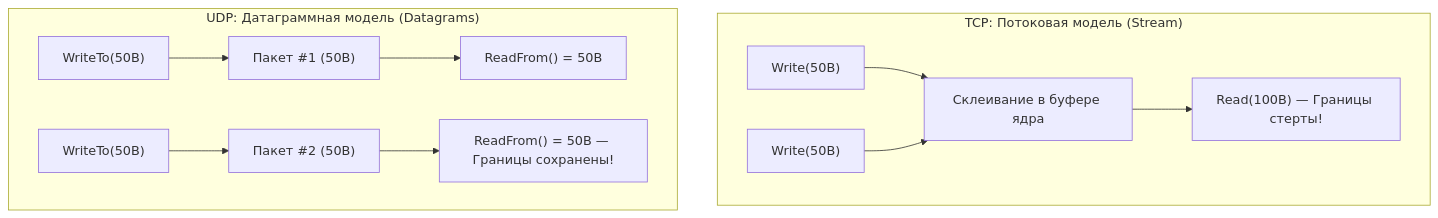
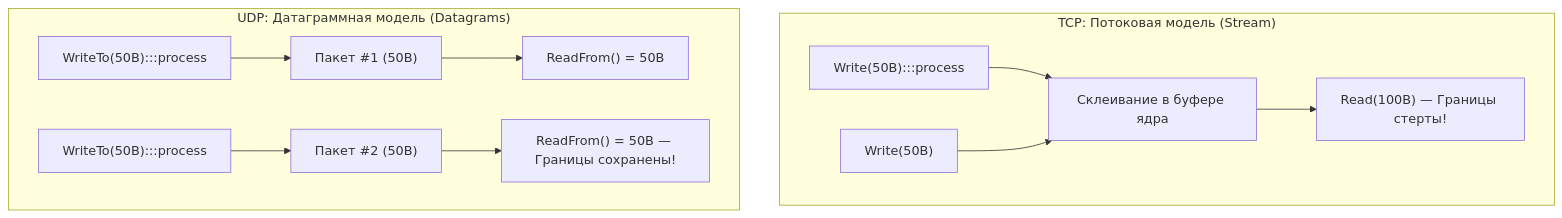
The second of 3 diagrams in sources/3. Компьютерные сети и сетевой стек/14. UDP. Когда ненадежный транспорт лучше TCP.md (UnrealTemplier/go-textbook), drawn with Mermaid before and after one commit. The commit also changed other lines of this file and 1666 other files, not shown here.

First line of the commit message:
feat(mermaid): add semantic color classDef to 1369 colorless flowchart/graph diagrams

````diff
--- a/sources/3. Компьютерные сети и сетевой стек/14. UDP. Когда ненадежный транспорт лучше TCP.md
+++ b/sources/3. Компьютерные сети и сетевой стек/14. UDP. Когда ненадежный транспорт лучше TCP.md
@@ -93,17 +103,27 @@
 ```mermaid
 flowchart TD
+    classDef process  fill:#1e293b,stroke:#38bdf8,stroke-width:1px,color:#f8fafc
+    classDef success  fill:#064e3b,stroke:#34d399,stroke-width:1px,color:#f8fafc
+    classDef error    fill:#7f1d1d,stroke:#f87171,stroke-width:1px,color:#f8fafc
+    classDef warning  fill:#78350f,stroke:#fbbf24,stroke-width:1px,color:#f8fafc
+    classDef entry    fill:#1e3a5f,stroke:#38bdf8,stroke-width:2px,color:#f8fafc
+    classDef aux      fill:#334155,stroke:#64748b,stroke-width:1px,color:#f8fafc
+    classDef system   fill:#312e81,stroke:#a78bfa,stroke-width:1px,color:#f8fafc
+    classDef data     fill:#132d29,stroke:#2dd4bf,stroke-width:1px,color:#f8fafc
+    classDef network  fill:#881337,stroke:#fb7185,stroke-width:1px,color:#f8fafc
+    classDef accent   fill:#1e1b4b,stroke:#818cf8,stroke-width:1px,color:#f8fafc
     subgraph TCP_STREAM["TCP: Потоковая модель (Stream)"]
         direction LR
-        T1["Write(50B)"] --> TB["Склеивание в буфере ядра"]
+        T1["Write(50B):::process"] --> TB["Склеивание в буфере ядра"]
         T2["Write(50B)"] --> TB
         TB --> TR["Read(100B) — Границы стерты!"]
     end
 
     subgraph UDP_DGRAM["UDP: Датаграммная модель (Datagrams)"]
         direction LR
-        U1["WriteTo(50B)"] --> UB1["Пакет #1 (50B)"]
-        U2["WriteTo(50B)"] --> UB2["Пакет #2 (50B)"]
+        U1["WriteTo(50B):::process"] --> UB1["Пакет #1 (50B)"]
+        U2["WriteTo(50B):::process"] --> UB2["Пакет #2 (50B)"]
         UB1 --> UR1["ReadFrom() = 50B"]
         UB2 --> UR2["ReadFrom() = 50B — Границы сохранены!"]
     end
 ```
````
